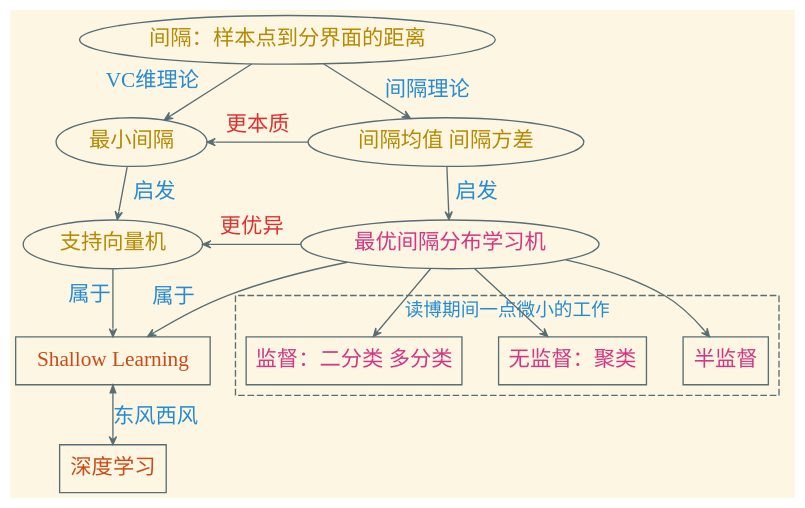
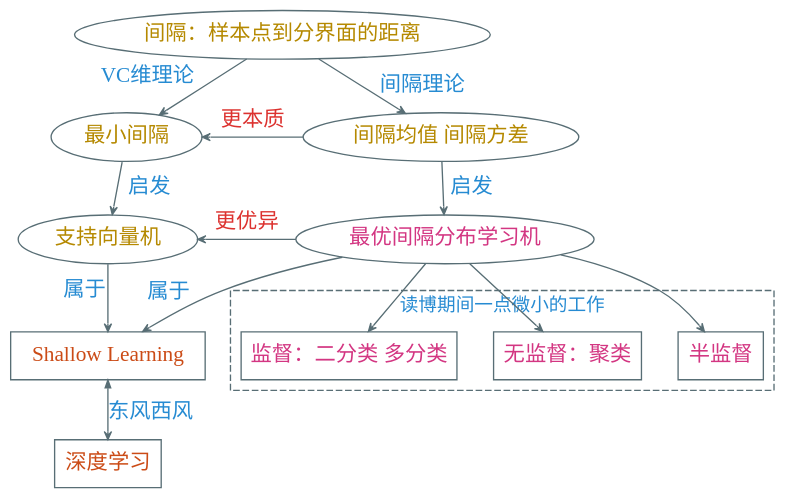
Before and after one commit to Avanti1980/presentation: the diagram in dot/odm-review2.dot, drawn with Graphviz. The commit also changed 36 other files, not shown here.

```diff
--- a/dot/odm-review2.dot
+++ b/dot/odm-review2.dot
@@ -1,47 +1,46 @@
 digraph g {
     rankdir = TB;
     graph [nodesep=0.38 ranksep=0.3]
-    style=filled
-    bgcolor="#fdf6e3"
+    bgcolor="transparent"
 
     node [shape=ellipse color="#586e75" fontcolor="#b58900" fontsize=16 fontname="EBG,fzlz"]
     edge [arrowhead=vee color="#586e75" fontcolor="#268bd2" fontsize=16 fontname="EBG,fzlz" arrowsize=0.6]
 
     间隔：样本点到分界面的距离 -> 最小间隔 [headlabel="VC维理论" labeldistance=3 labelangle=75]
     间隔：样本点到分界面的距离 -> "间隔均值 间隔方差" [label="间隔理论"]
 
     最小间隔 -> 支持向量机 [label="  启发"]
 
     node [fontcolor="#d33682"]
 
     "间隔均值 间隔方差" -> 最优间隔分布学习机 [label="  启发"]
 
     edge [fontcolor="#dc322f"]
 
     "间隔均值 间隔方差" -> 最小间隔 [label="更本质" constraint=false]
 
     最优间隔分布学习机 -> 支持向量机 [label="更优异" constraint=false]
 
     edge [fontcolor="#268bd2"]
 
     node [shape=box fontcolor="#cb4b16"]
 
     支持向量机 -> "Shallow Learning" [headlabel="属于" labeldistance=3.5 labelangle=30]
     最优间隔分布学习机 -> "Shallow Learning" [headlabel="属于" labeldistance=3.5 labelangle=25]
 
     "Shallow Learning" -> 深度学习 [label="东风西风" dir=both]
 
     node [fontcolor="#d33682"]
 
     最优间隔分布学习机 -> {"监督：二分类 多分类" "无监督：聚类" "半监督"}
 
     subgraph cluster_2 {
         label="读博期间一点微小的工作"
         fontname="EBG,fzlz"
         color="#586e75"
         fontcolor="#268bd2"
         style="dashed"
         labelloc="t"
         "监督：二分类 多分类" "无监督：聚类" "半监督"
     }
 }
```
